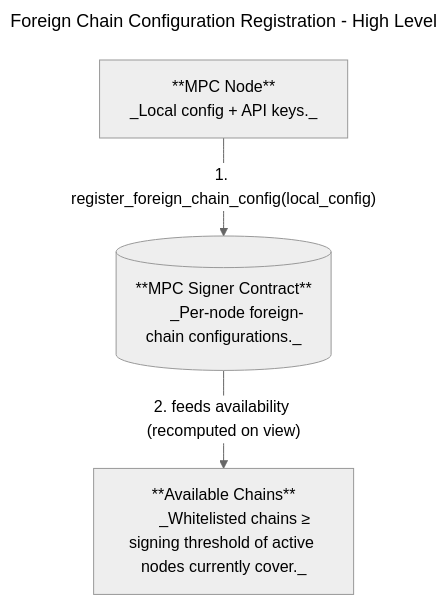
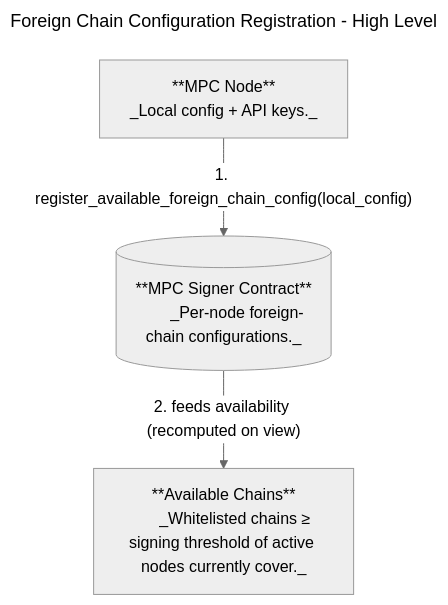
Before and after one commit to near/mpc: the second of 2 diagrams in docs/foreign-chain-transactions.md, drawn with Mermaid (neutral theme). The commit also changed other lines of this file and 1 other file, not shown here.

````diff
--- a/docs/foreign-chain-transactions.md
+++ b/docs/foreign-chain-transactions.md
@@ -564,21 +564,21 @@
 ```mermaid
 ---
 title: Foreign Chain Configuration Registration - High Level
 ---
 flowchart TD
     NODE["**MPC Node**
       _Local config + API keys._"]
 
     SC["**MPC Signer Contract**
       _Per-node foreign-chain configurations._"]
 
     AVAILABLE["**Available Chains**
       _Whitelisted chains ≥ signing threshold of active nodes currently cover._"]
 
-    NODE -->|"1. register_foreign_chain_config(local_config)"| SC
+    NODE -->|"1. register_available_foreign_chain_config(local_config)"| SC
     SC -->|"2. feeds availability (recomputed on view)"| AVAILABLE
 
     NODE@{ shape: proc}
     SC@{ shape: db}
     AVAILABLE@{ shape: proc}
 ```
````
